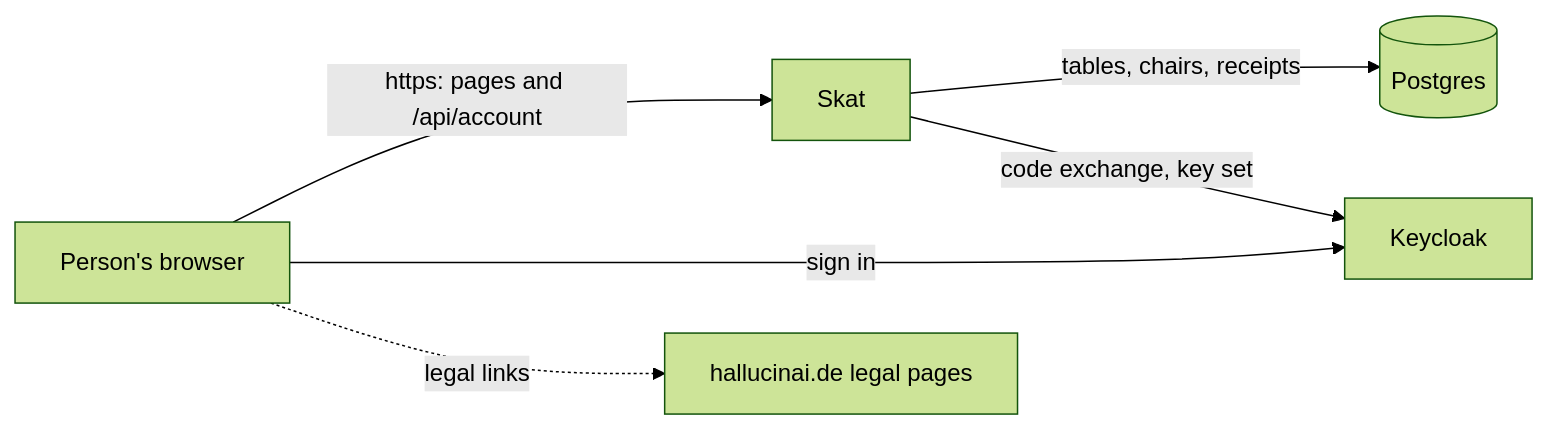
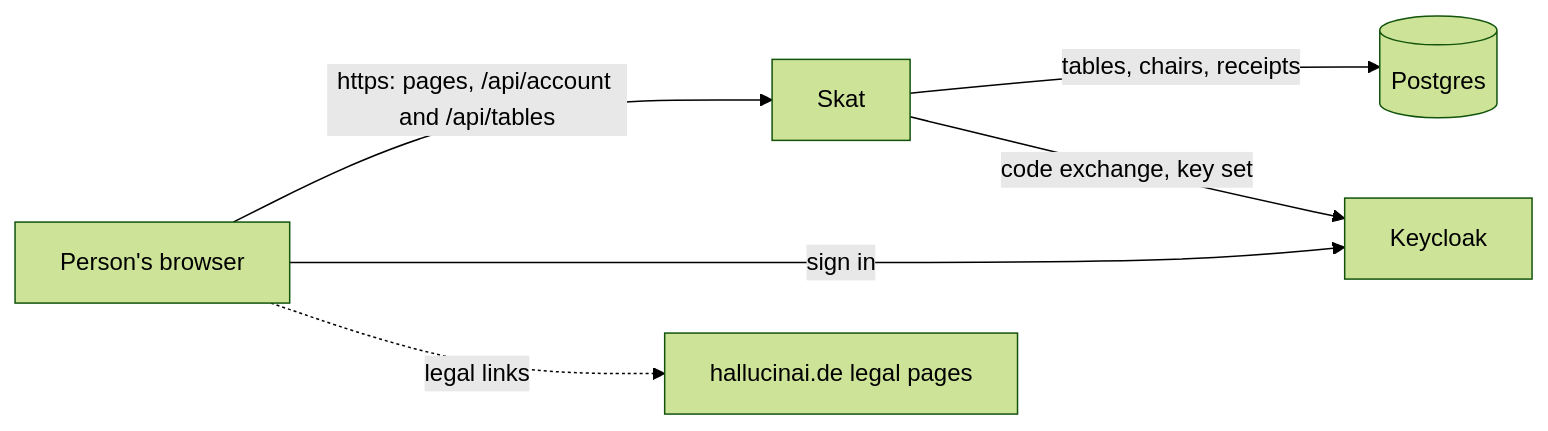
The first of 3 diagrams in docs/ARCHITECTURE.md (overnightworks/skat), drawn with Mermaid (forest theme) before and after one commit. The commit also changed other lines of this file, not shown here.

Commit message:
Name the table routes and the table page in the architecture overview

````diff
--- a/docs/ARCHITECTURE.md
+++ b/docs/ARCHITECTURE.md
@@ -7,8 +7,8 @@
 ```mermaid
 flowchart LR
-    person["Person's browser"] -->|"https: pages and /api/account"| skat["Skat"]
+    person["Person's browser"] -->|"https: pages, /api/account and /api/tables"| skat["Skat"]
     person -->|"sign in"| keycloak["Keycloak"]
     skat -->|"tables, chairs, receipts"| database[("Postgres")]
     skat -->|"code exchange, key set"| keycloak
     person -.->|"legal links"| legal["hallucinai.de legal pages"]
 ```
````
